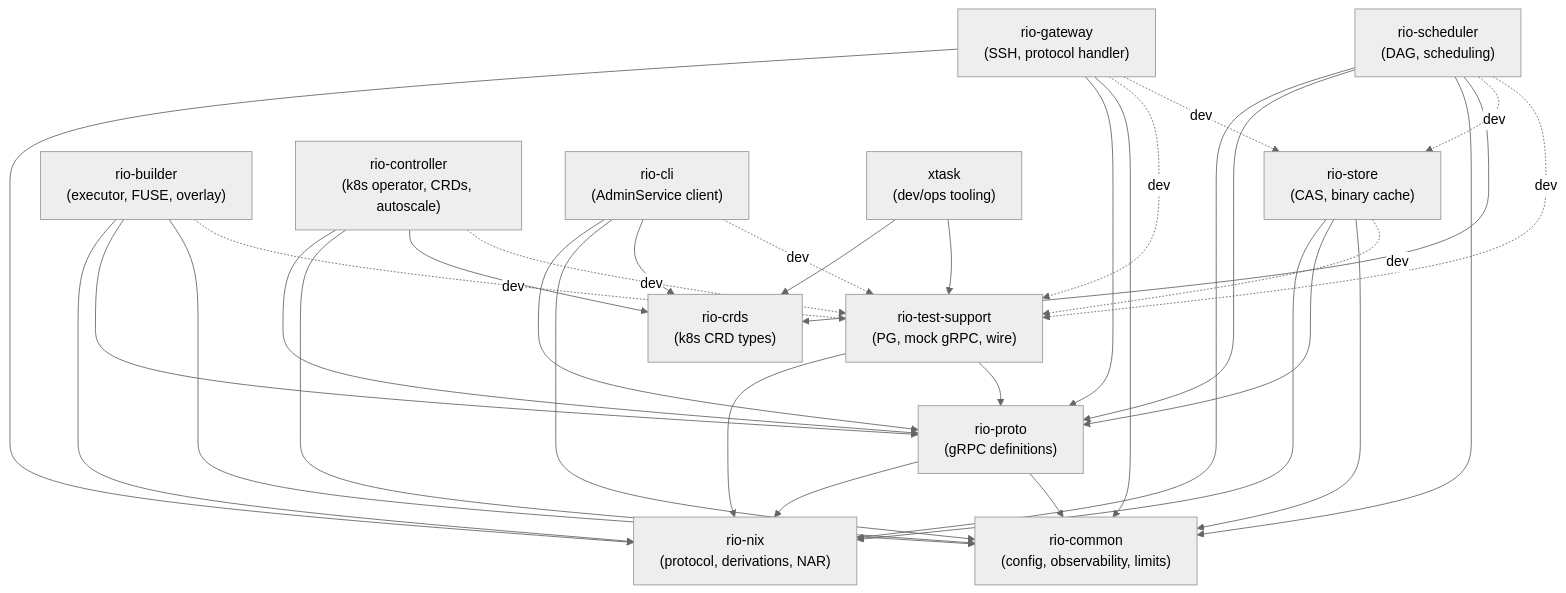
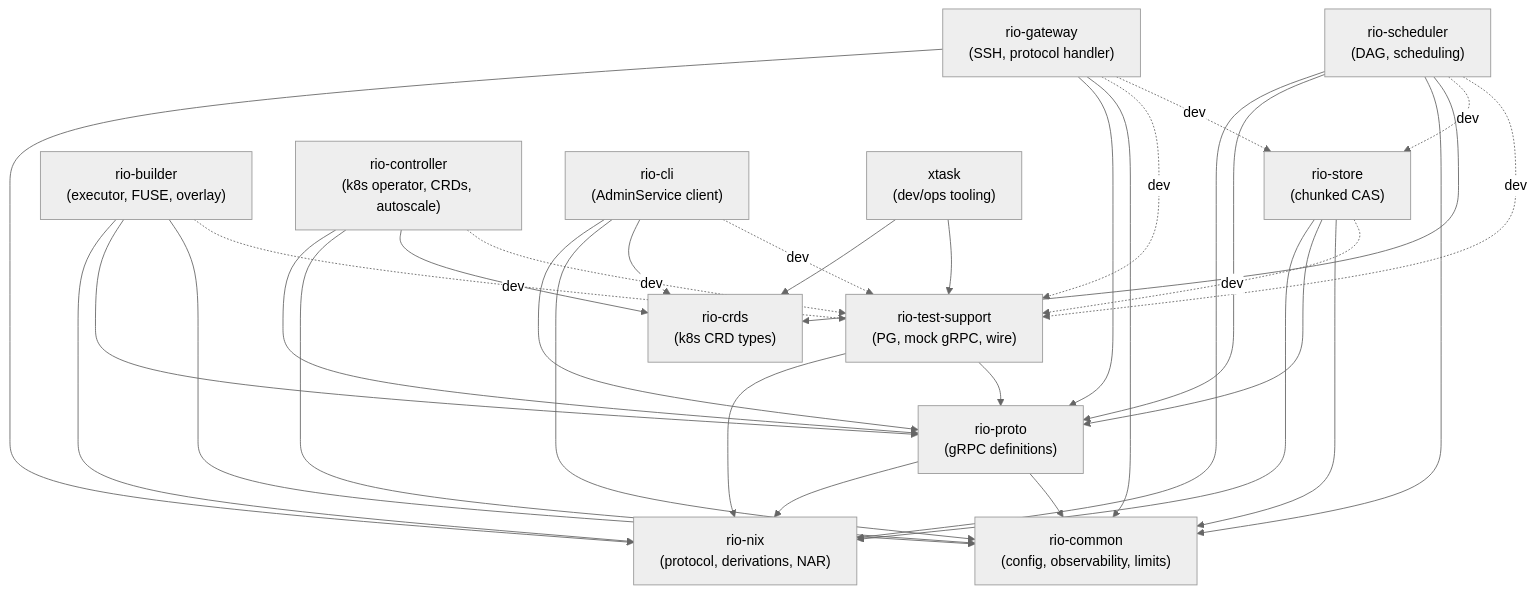
Before and after one commit to Mic92/rio-build: the diagram in docs/src/crate-structure.md, drawn with Mermaid (neutral theme). The commit also changed 4 other files, not shown here.

First line of the commit message:
docs: scrub remaining binary-cache-server refs (introduction/deployment/components/controller)

````diff
--- a/docs/src/crate-structure.md
+++ b/docs/src/crate-structure.md
@@ -33,57 +33,57 @@
 ```mermaid
 graph TD
     rio-common["rio-common<br/>(config, observability, limits)"]
     rio-nix["rio-nix<br/>(protocol, derivations, NAR)"]
     rio-proto["rio-proto<br/>(gRPC definitions)"]
     rio-crds["rio-crds<br/>(k8s CRD types)"]
     rio-test-support["rio-test-support<br/>(PG, mock gRPC, wire)"]
-    rio-store["rio-store<br/>(CAS, binary cache)"]
+    rio-store["rio-store<br/>(chunked CAS)"]
     rio-scheduler["rio-scheduler<br/>(DAG, scheduling)"]
     rio-gateway["rio-gateway<br/>(SSH, protocol handler)"]
     rio-builder["rio-builder<br/>(executor, FUSE, overlay)"]
     rio-controller["rio-controller<br/>(k8s operator, CRDs, autoscale)"]
     rio-cli["rio-cli<br/>(AdminService client)"]
     xtask["xtask<br/>(dev/ops tooling)"]
 
     rio-proto --> rio-nix
     rio-proto --> rio-common
 
     rio-test-support --> rio-nix
     rio-test-support --> rio-proto
 
     rio-gateway --> rio-nix
     rio-gateway --> rio-proto
     rio-gateway --> rio-common
     rio-gateway -.->|dev| rio-test-support
     rio-gateway -.->|dev| rio-store
 
     rio-builder --> rio-nix
     rio-builder --> rio-proto
     rio-builder --> rio-common
     rio-builder -.->|dev| rio-test-support
 
     rio-scheduler --> rio-nix
     rio-scheduler --> rio-proto
     rio-scheduler --> rio-common
     rio-scheduler --> rio-crds
     rio-scheduler -.->|dev| rio-store
     rio-scheduler -.->|dev| rio-test-support
 
     rio-store --> rio-nix
     rio-store --> rio-proto
     rio-store --> rio-common
     rio-store -.->|dev| rio-test-support
 
     rio-controller --> rio-proto
     rio-controller --> rio-common
     rio-controller --> rio-crds
     rio-controller -.->|dev| rio-test-support
 
     rio-cli --> rio-proto
     rio-cli --> rio-common
     rio-cli --> rio-crds
     rio-cli -.->|dev| rio-test-support
 
     xtask --> rio-crds
     xtask --> rio-test-support
 ```
````
